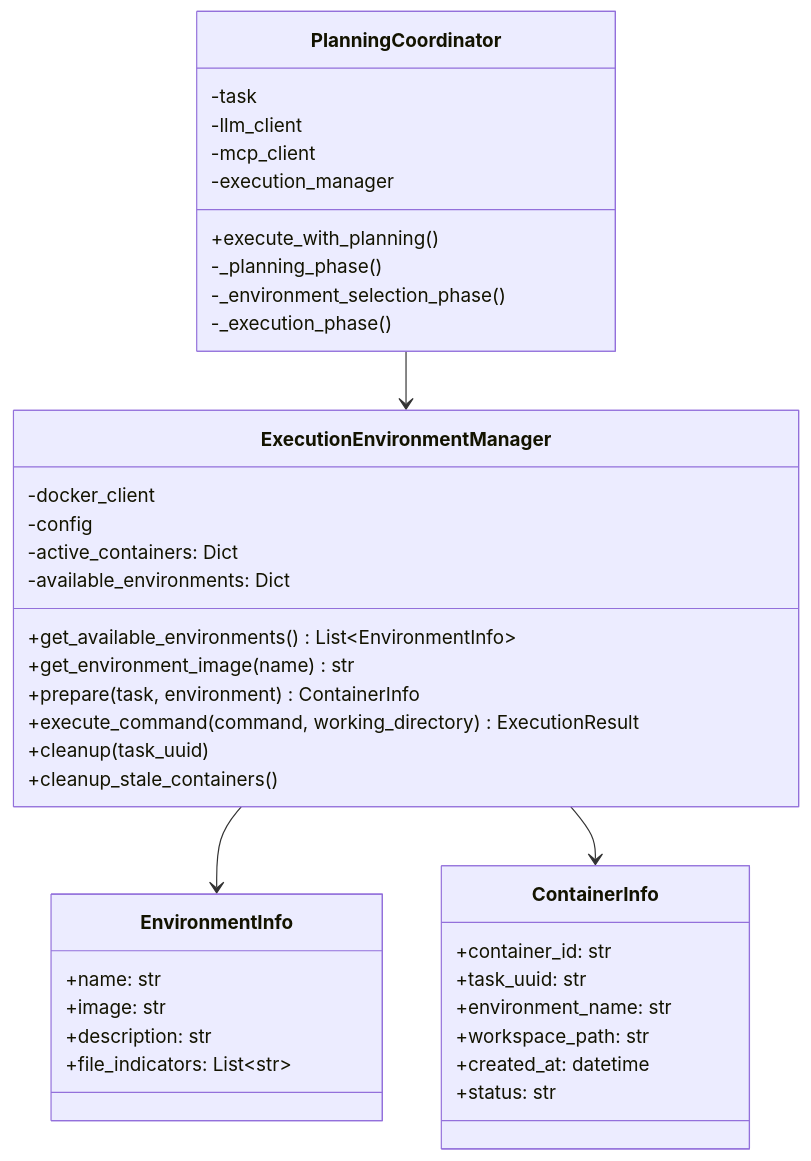
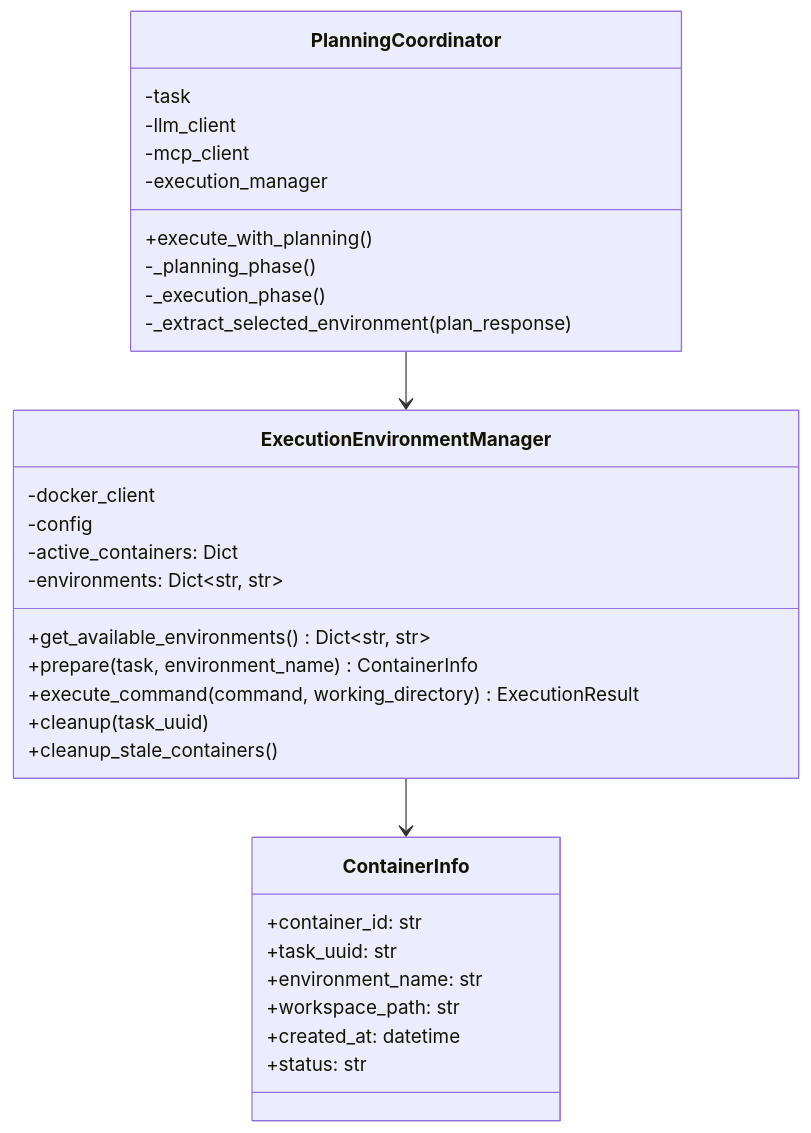
One commit to notfolder/coding_agent changed the third of 3 diagrams in docs/spec/MULTI_LANGUAGE_ENVIRONMENT_SPECIFICATION.md. Above: the diagram before and after it, drawn with Mermaid. The commit also changed other lines of this file and 2 other files, not shown here.

Commit message:
Address review feedback: revert system_prompt and docker-compose, restructure spec document to integrate environment selection into planning phase

````diff
--- a/docs/spec/MULTI_LANGUAGE_ENVIRONMENT_SPECIFICATION.md
+++ b/docs/spec/MULTI_LANGUAGE_ENVIRONMENT_SPECIFICATION.md
@@ -573,46 +475,37 @@
 ```mermaid
 classDiagram
     class ExecutionEnvironmentManager {
         -docker_client
         -config
         -active_containers: Dict
-        -available_environments: Dict
-        +get_available_environments() List~EnvironmentInfo~
-        +get_environment_image(name) str
-        +prepare(task, environment) ContainerInfo
+        -environments: Dict~str, str~
+        +get_available_environments() Dict~str, str~
+        +prepare(task, environment_name) ContainerInfo
         +execute_command(command, working_directory) ExecutionResult
         +cleanup(task_uuid)
         +cleanup_stale_containers()
-    }
-    
-    class EnvironmentInfo {
-        +name: str
-        +image: str
-        +description: str
-        +file_indicators: List~str~
     }
     
     class ContainerInfo {
         +container_id: str
         +task_uuid: str
         +environment_name: str
         +workspace_path: str
         +created_at: datetime
         +status: str
     }
     
     class PlanningCoordinator {
         -task
         -llm_client
         -mcp_client
         -execution_manager
         +execute_with_planning()
         -_planning_phase()
-        -_environment_selection_phase()
         -_execution_phase()
+        -_extract_selected_environment(plan_response)
     }
     
-    ExecutionEnvironmentManager --> EnvironmentInfo
     ExecutionEnvironmentManager --> ContainerInfo
     PlanningCoordinator --> ExecutionEnvironmentManager
 ```
````
